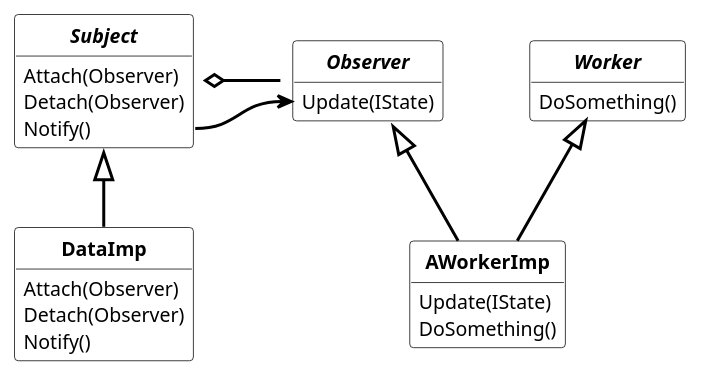
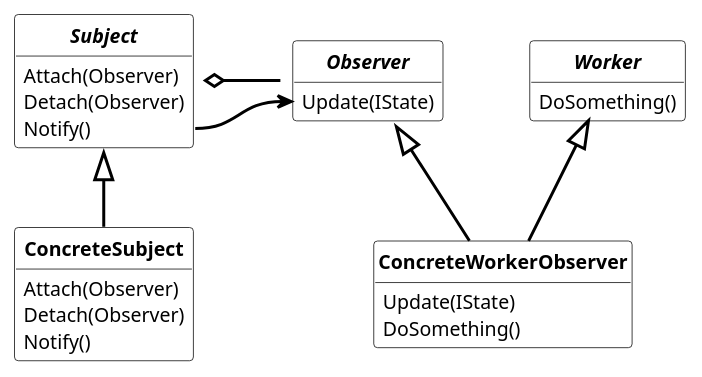
The first of 2 diagrams in behavioral_pattern/observer/observer.md (dst80/design-patterns), drawn with PlantUML before and after one commit. The commit also changed other lines of this file, not shown here.

Commit message:
update observer

````diff
--- a/behavioral_pattern/observer/observer.md
+++ b/behavioral_pattern/observer/observer.md
@@ -13,50 +9,51 @@
 ```plantuml
 @startuml push_observer
 skinparam ranksep 50
 skinparam nodesep 50
 skinparam class {
   FontSize 13
   AttributeFontSize 13
   FontStyle bold
   BackgroundColor transparent
   BorderColor black
 }
 skinparam arrow {
   Color black
   FontColor black
   Thickness 2
 }
 skinparam note {
   BackgroundColor transparent
   BorderColor black
 }
 hide circle
 hide fields
 
 abstract Subject {
     Attach(Observer) 
     Detach(Observer)
     Notify()
 }
 
-class DataImp extends Subject {
+class ConcreteSubject extends Subject {
   Attach(Observer)
   Detach(Observer)
   Notify()
 }
 
 abstract Observer {
   Update(IState)
 }
 abstract Worker {
   DoSomething()
 }
-class AWorkerImp extends Worker, Observer {
+
+class ConcreteWorkerObserver extends Worker, Observer {
   Update(IState)
   DoSomething()
 }
 
 Subject o- Observer 
 Subject::Notify -> Observer::Update
 @enduml
 ```
````
